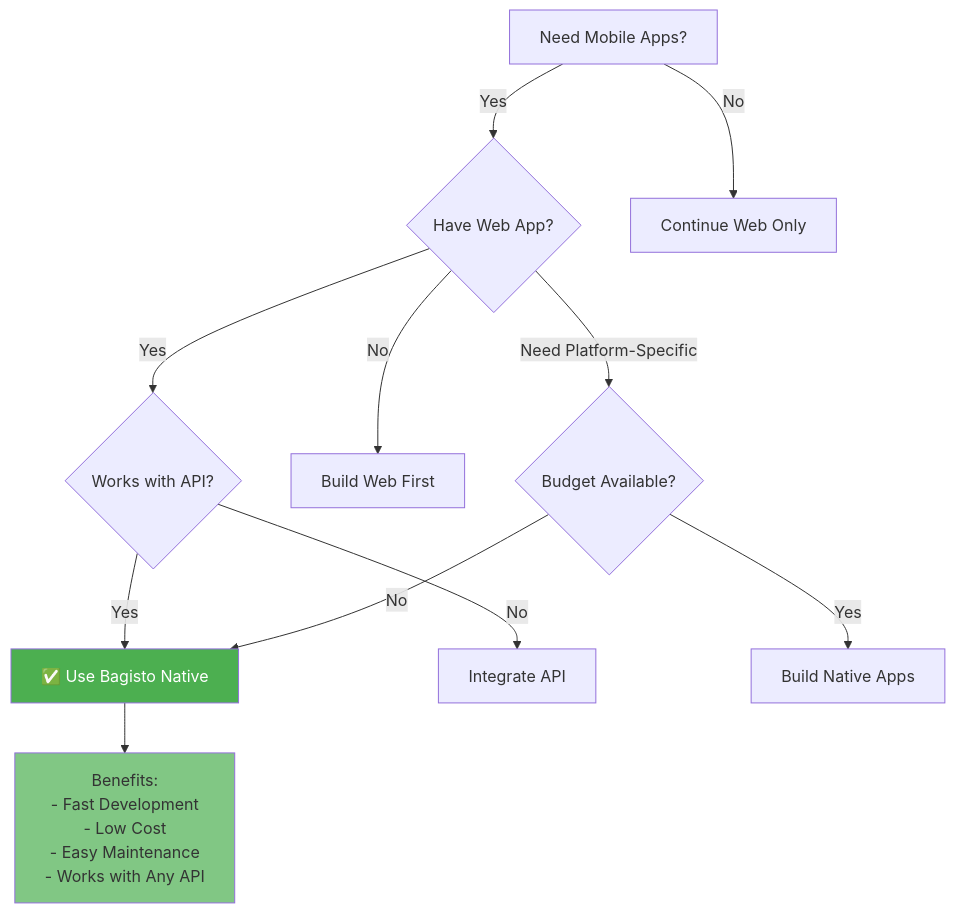
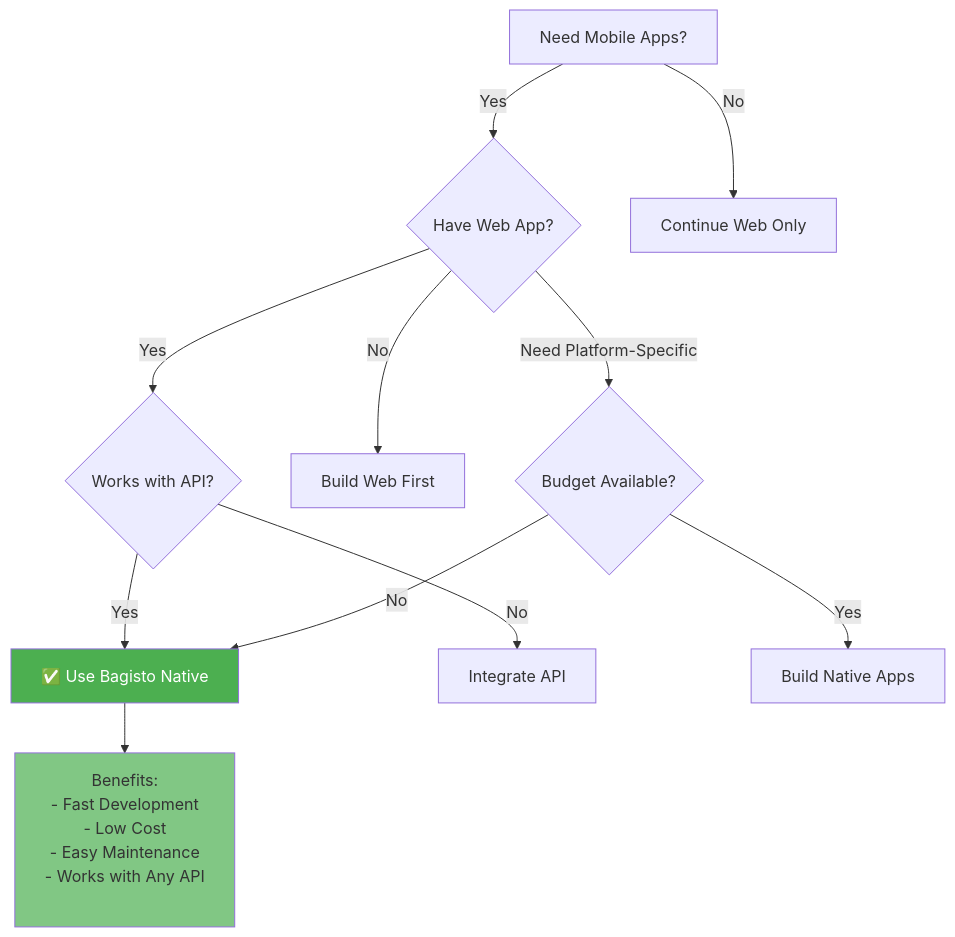
One commit to bagisto/bagisto-headless-doc changed diagram 11 of 11 in src/bagisto-native/introduction/what-is-bagisto-native.md. Above: the diagram before and after it, drawn with Mermaid. The commit also changed other lines of this file and 204 other files, not shown here.

````diff
--- a/src/bagisto-native/introduction/what-is-bagisto-native.md
+++ b/src/bagisto-native/introduction/what-is-bagisto-native.md
@@ -823,20 +836,20 @@
 ```mermaid
 flowchart TD
     Start[Need Mobile Apps?] -->|Yes| WebApp{Have Web App?}
     WebApp -->|Yes| API{Works with API?}
     WebApp -->|No| Build[Build Web First]
     
     API -->|Yes| BN[✅ Use Bagisto Native]
     API -->|No| Fix[Integrate API]
     
     Start -->|No| End1[Continue Web Only]
     
-    BN --> Benefits[Benefits:<br/>- Fast Development<br/>- Low Cost<br/>- Easy Maintenance<br/>- Works with Any API]
+    BN --> Benefits[Benefits:<br/>- Fast Development<br/>- Low Cost<br/>- Easy Maintenance<br/>- Works with Any API<br><br/> ]
     
     WebApp -->|Need Platform-Specific| Custom{Budget Available?}
     Custom -->|Yes| Native[Build Native Apps]
     Custom -->|No| BN
     
     style BN fill:#4caf50,color:#fff
     style Benefits fill:#81c784
 ```
````
